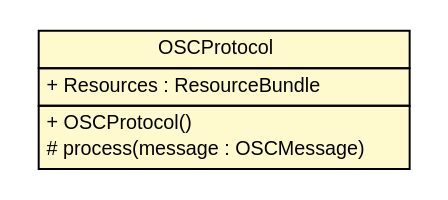
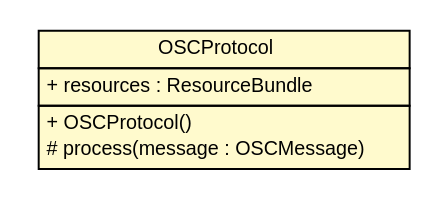
The diagram in apidocs/com/xley/lfosc/impl/OSCProtocol.dot (pcross616/lf-osc-proxy), drawn with Graphviz before and after one commit. The commit also changed 69 other files, not shown here.

```diff
--- a/apidocs/com/xley/lfosc/impl/OSCProtocol.dot
+++ b/apidocs/com/xley/lfosc/impl/OSCProtocol.dot
@@ -1,25 +1,25 @@
 #!/usr/local/bin/dot
 #
 # Class diagram 
 # Generated by UMLGraph version R5_6 (http://www.umlgraph.org/)
 #
 
 digraph G {
 	edge [fontname="Helvetica",fontsize=10,labelfontname="Helvetica",labelfontsize=10];
 	node [fontname="Helvetica",fontsize=10,shape=plaintext];
 	nodesep=0.25;
 	ranksep=0.5;
 	// com.xley.lfosc.impl.OSCProtocol
-	c37 [label=<<table title="com.xley.lfosc.impl.OSCProtocol" border="0" cellborder="1" cellspacing="0" cellpadding="2" port="p" bgcolor="lemonChiffon" href="./OSCProtocol.html">
+	c35 [label=<<table title="com.xley.lfosc.impl.OSCProtocol" border="0" cellborder="1" cellspacing="0" cellpadding="2" port="p" bgcolor="lemonChiffon" href="./OSCProtocol.html">
 		<tr><td><table border="0" cellspacing="0" cellpadding="1">
 <tr><td align="center" balign="center"> OSCProtocol </td></tr>
 		</table></td></tr>
 		<tr><td><table border="0" cellspacing="0" cellpadding="1">
-<tr><td align="left" balign="left"> + Resources : ResourceBundle </td></tr>
+<tr><td align="left" balign="left"> + resources : ResourceBundle </td></tr>
 		</table></td></tr>
 		<tr><td><table border="0" cellspacing="0" cellpadding="1">
 <tr><td align="left" balign="left"> + OSCProtocol() </td></tr>
 <tr><td align="left" balign="left"> # process(message : OSCMessage) </td></tr>
 		</table></td></tr>
 		</table>>, URL="./OSCProtocol.html", fontname="Helvetica", fontcolor="black", fontsize=10.0];
 }
```
